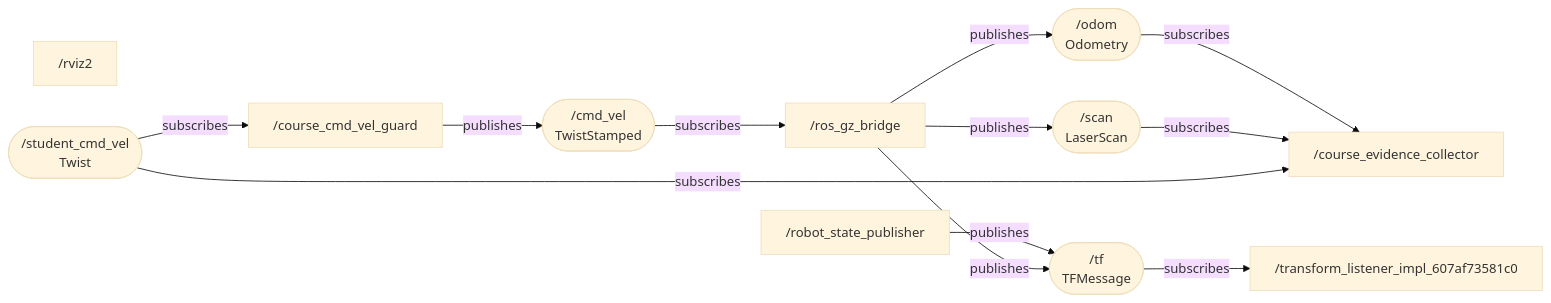
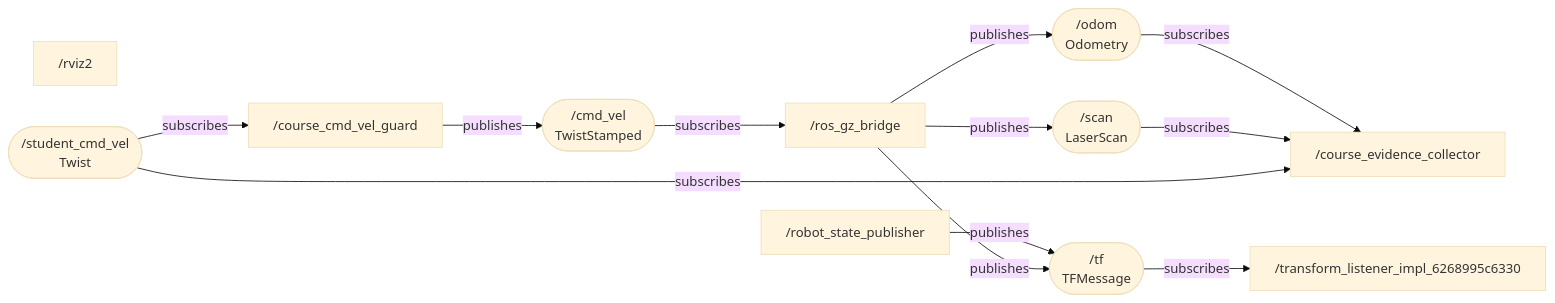
Before and after one commit to pogue242/robotics-fall2026: the diagram in week01_ros_foundations/student_submission/mission_1/ros_system_diagram.md, drawn with Mermaid (base theme). The commit also changed 22 other files, not shown here.

````diff
--- a/week01_ros_foundations/student_submission/mission_1/ros_system_diagram.md
+++ b/week01_ros_foundations/student_submission/mission_1/ros_system_diagram.md
@@ -3,25 +3,25 @@
 ```mermaid
 flowchart LR
   n0["/course_cmd_vel_guard"]
   n1["/course_evidence_collector"]
   n2["/robot_state_publisher"]
   n3["/ros_gz_bridge"]
   n4["/rviz2"]
-  n5["/transform_listener_impl_607af73581c0"]
+  n5["/transform_listener_impl_6268995c6330"]
   t0(["/cmd_vel<br/>TwistStamped"])
   n0 -->|publishes| t0
   t0 -->|subscribes| n3
   t1(["/odom<br/>Odometry"])
   n3 -->|publishes| t1
   t1 -->|subscribes| n1
   t2(["/scan<br/>LaserScan"])
   n3 -->|publishes| t2
   t2 -->|subscribes| n1
   t3(["/student_cmd_vel<br/>Twist"])
   t3 -->|subscribes| n0
   t3 -->|subscribes| n1
   t4(["/tf<br/>TFMessage"])
   n2 -->|publishes| t4
   n3 -->|publishes| t4
   t4 -->|subscribes| n5
 ```
````
